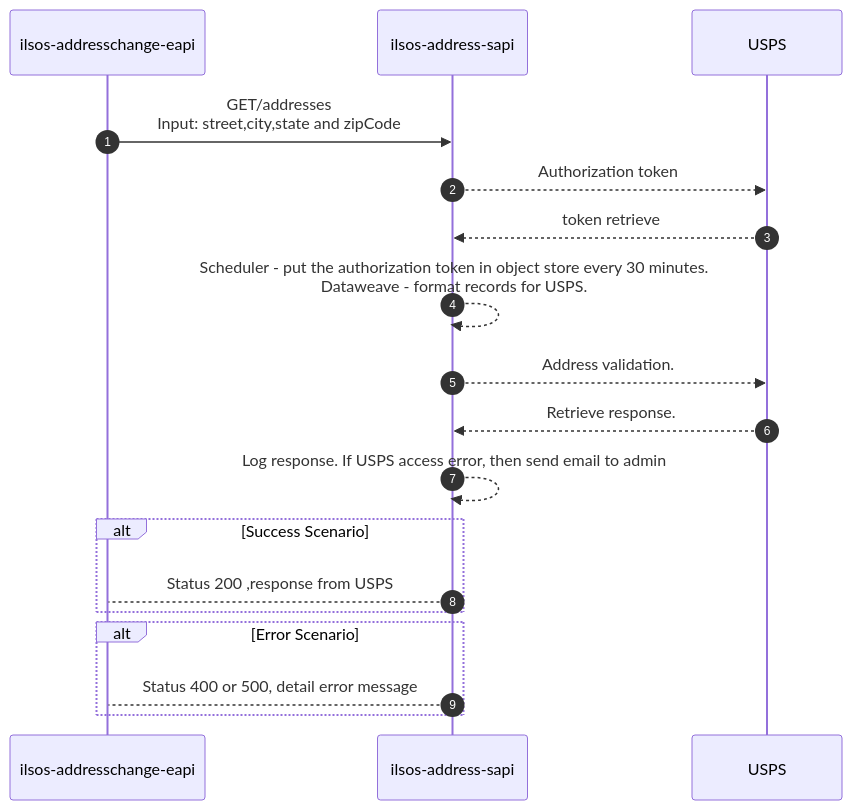
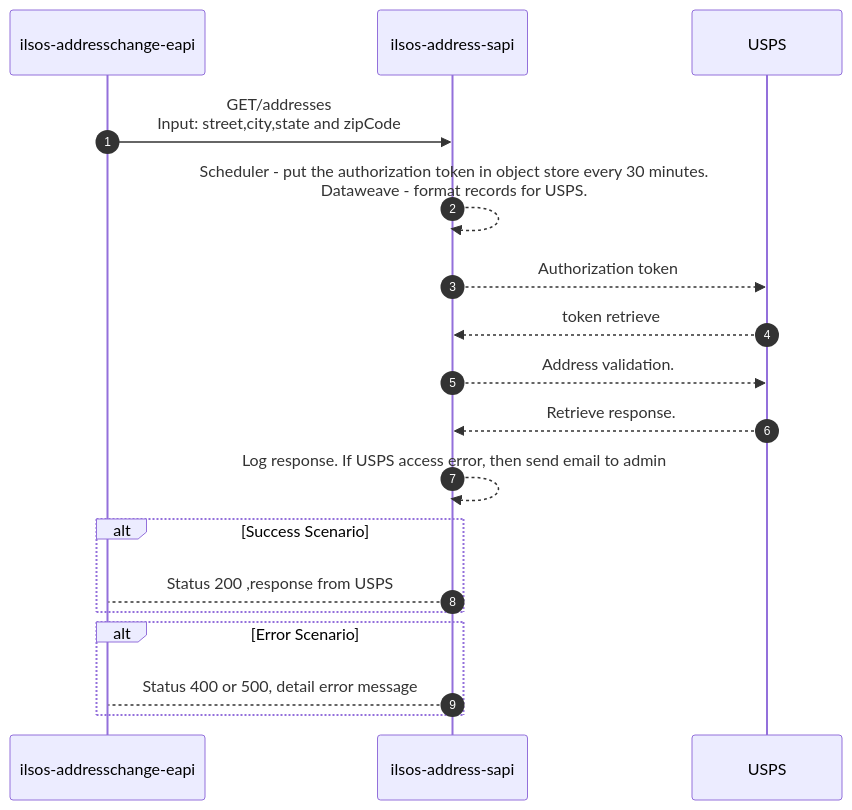
One commit to acme-devs/ilsos-address-sapi changed the diagram in README.md. Above: the diagram before and after it, drawn with Mermaid.

````diff
--- a/README.md
+++ b/README.md
@@ -27,21 +27,21 @@
 ```mermaid
 sequenceDiagram
     autonumber
     participant eapi as ilsos-addresschange-eapi
     participant api as ilsos-address-sapi
     participant usps as USPS
 
     eapi->>api:GET/addresses <br>Input: street,city,state and zipCode
+    api-->>api:Scheduler - put the authorization token in object store every 30 minutes.<br>Dataweave -         format records for USPS.
     api-->>usps:Authorization token
     usps-->>api:token retrieve
-    api-->>api:Scheduler - put the authorization token in object store every 30 minutes.<br>Dataweave - format records for USPS.
     api-->>usps:Address validation.
     usps-->>api:Retrieve response.
     api-->>api:Log response. If USPS access error, then send email to admin
     alt Success Scenario 
         api-->eapi: Status 200 ,response from USPS
     end
     alt Error Scenario 
         api-->eapi: Status 400 or 500, detail error message
     end
   ```
````
